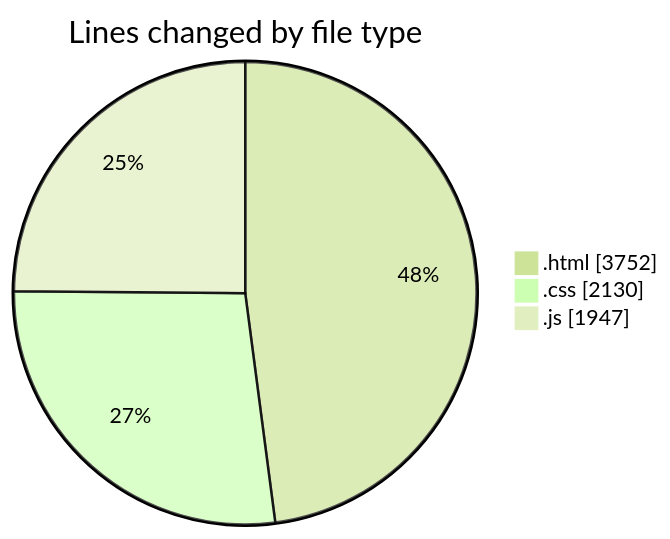
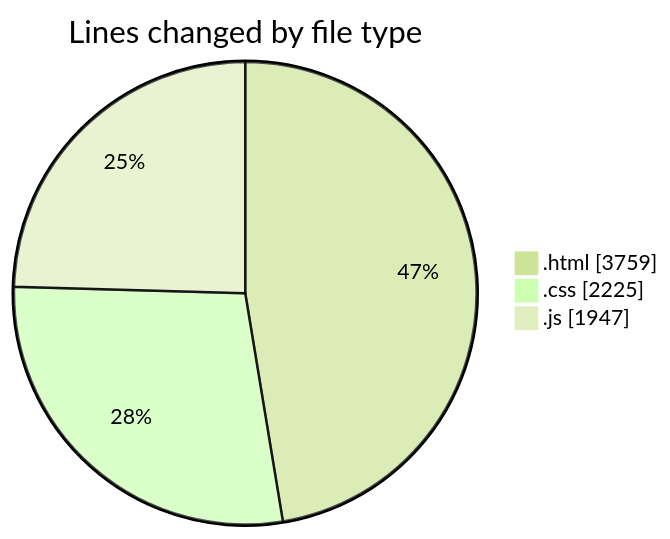
One commit to Ritupan-Deka/code-tracking changed the first of 2 diagrams in 2025-05-24/projects/README.md. Above: the diagram before and after it, drawn with Mermaid (forest theme). The commit also changed other lines of this file and 1 other file, not shown here.

````diff
--- a/2025-05-24/projects/README.md
+++ b/2025-05-24/projects/README.md
@@ -25,7 +25,7 @@
 ```mermaid
 pie showData
 title Lines changed by file type
-".html" : 3752
-".css" : 2130
+".html" : 3759
+".css" : 2225
 ".js" : 1947
 ```
````
